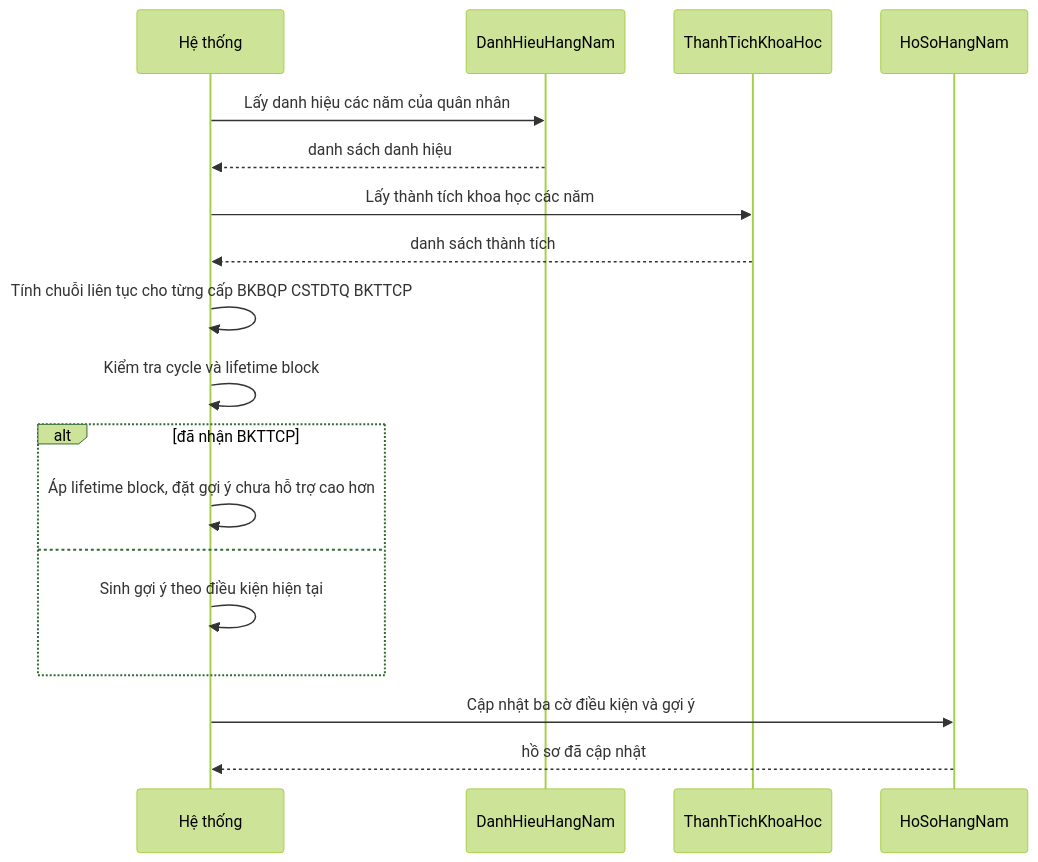
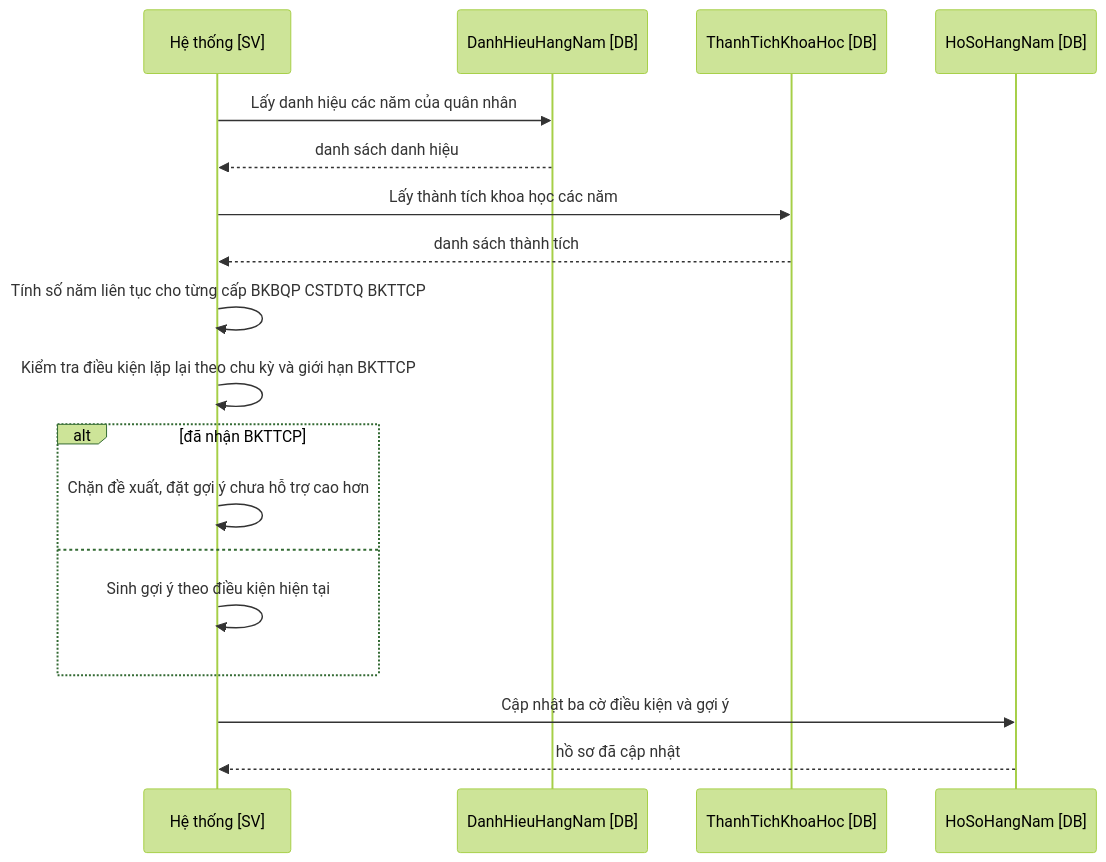
Before and after one commit to tranducbk/DATN_PM_QLKT: the fourth of 8 diagrams in docs/diagrams/05-sequence.md, drawn with Mermaid (forest theme). The commit also changed other lines of this file and 29 other files, not shown here.

First line of the commit message:
Update CLAUDE.md with additional validation rules and introduce new database schema

````diff
--- a/docs/diagrams/05-sequence.md
+++ b/docs/diagrams/05-sequence.md
@@ -119,24 +119,24 @@
 ```mermaid
 sequenceDiagram
-    participant Sys as Hệ thống
-    participant DH as DanhHieuHangNam
-    participant NCKH as ThanhTichKhoaHoc
-    participant HS as HoSoHangNam
+    participant Sys as Hệ thống [SV]
+    participant DH as DanhHieuHangNam [DB]
+    participant NCKH as ThanhTichKhoaHoc [DB]
+    participant HS as HoSoHangNam [DB]
 
     Sys->>DH: Lấy danh hiệu các năm của quân nhân
     DH-->>Sys: danh sách danh hiệu
     Sys->>NCKH: Lấy thành tích khoa học các năm
     NCKH-->>Sys: danh sách thành tích
 
-    Sys->>Sys: Tính chuỗi liên tục cho từng cấp BKBQP CSTDTQ BKTTCP
-    Sys->>Sys: Kiểm tra cycle và lifetime block
+    Sys->>Sys: Tính số năm liên tục cho từng cấp BKBQP CSTDTQ BKTTCP
+    Sys->>Sys: Kiểm tra điều kiện lặp lại theo chu kỳ và giới hạn BKTTCP
 
     alt đã nhận BKTTCP
-        Sys->>Sys: Áp lifetime block, đặt gợi ý chưa hỗ trợ cao hơn
+        Sys->>Sys: Chặn đề xuất, đặt gợi ý chưa hỗ trợ cao hơn
     else
         Sys->>Sys: Sinh gợi ý theo điều kiện hiện tại
     end
 
     Sys->>HS: Cập nhật ba cờ điều kiện và gợi ý
     HS-->>Sys: hồ sơ đã cập nhật
 ```
````
